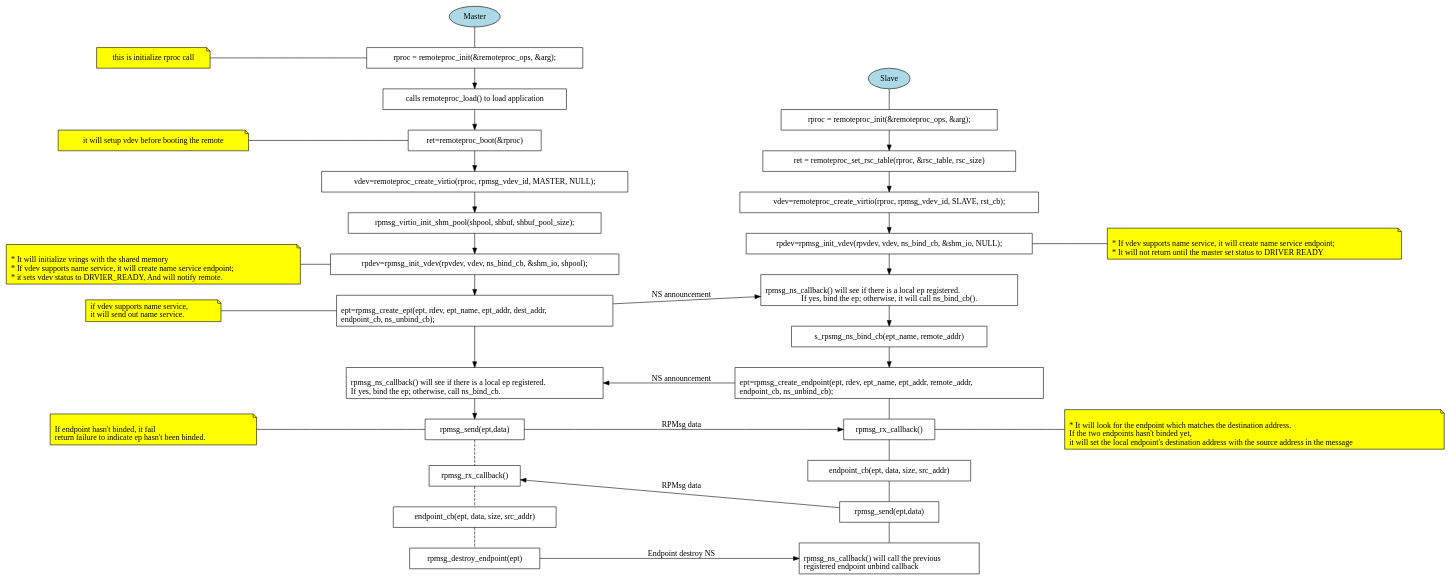
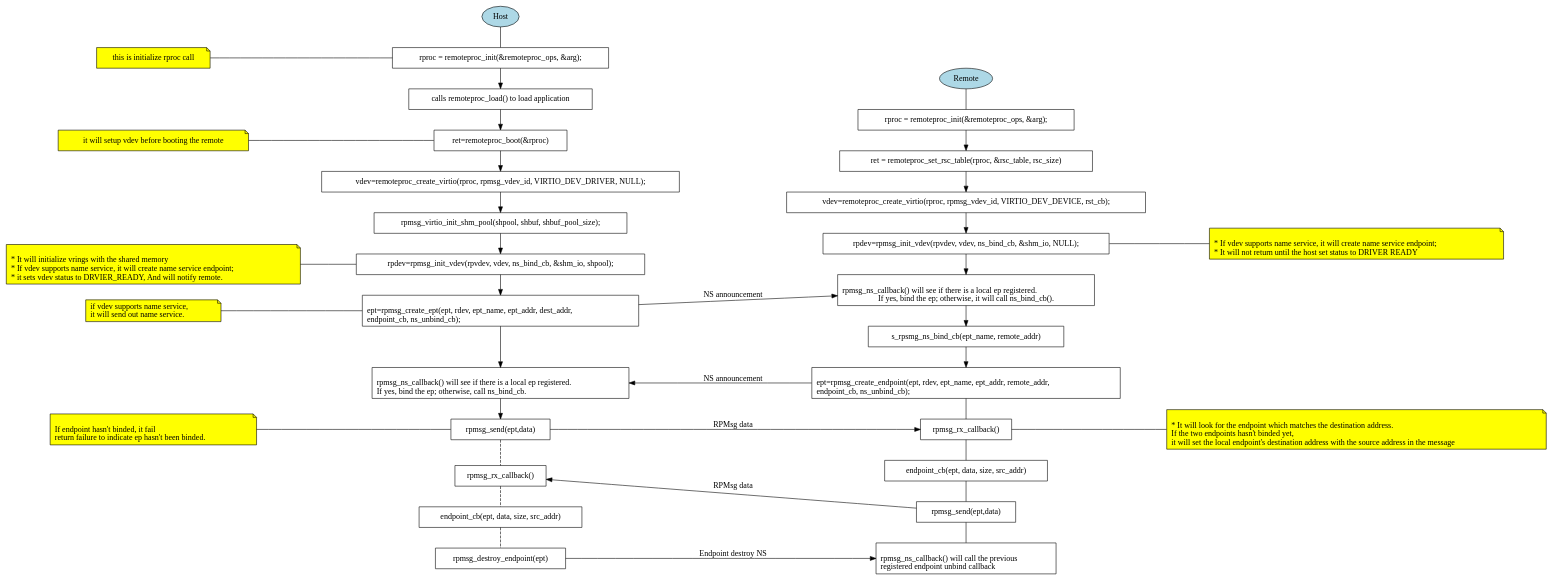
Before and after one commit to OpenAMP/open-amp: the diagram in docs/img-src/coprocessor-rpmsg-ns-dynamic.gv, drawn with Graphviz. The commit also changed 43 other files, not shown here.

```diff
--- a/docs/img-src/coprocessor-rpmsg-ns-dynamic.gv
+++ b/docs/img-src/coprocessor-rpmsg-ns-dynamic.gv
@@ -1,96 +1,96 @@
 // RPMsg dynamic endpoint creation
 
 digraph G {
   rankdir="LR";
 
   subgraph roles {
     node [style="filled", fillcolor="lightblue"];
-    master [label="Master"];
-    slave [label="Slave"];
+    host [label="Host"];
+    remote [label="Remote"];
   }
 
   subgraph m_comment_nodes {
     node [group=m_comment, shape="note", style="filled", fillcolor="yellow"];
     rank="same";
     m_remoteproc_init_comment [label="this is initialize rproc call"];
     m_remoteproc_boot_comment [label="it will setup vdev before booting the remote"];
     m_rpmsg_vdev_init_comment [label="\l* It will initialize vrings with the shared memory\l* If vdev supports name service, it will create name service endpoint;\l* it sets vdev status to DRVIER_READY, And will notify remote.\l"];
     m_rpmsg_create_ep_comment [label="\if vdev supports name service,\lit will send out name service.\l"];
     m_rpmsg_send_comment [label="\lIf endpoint hasn't binded, it fail\lreturn failure to indicate ep hasn't been binded.\l"];
 
   }
 
   subgraph m_flow_nodes {
     node [shape="box"];
     rank="same";
     m_remoteproc_init [label="rproc = remoteproc_init(&remoteproc_ops, &arg);"]
     m_remoteproc_load [label="calls remoteproc_load() to load application"];
     m_remoteproc_boot [shape="box", label="ret=remoteproc_boot(&rproc)"];
-    m_remoteproc_get_vdev [label="vdev=remoteproc_create_virtio(rproc, rpmsg_vdev_id, MASTER, NULL);"];
+    m_remoteproc_get_vdev [label="vdev=remoteproc_create_virtio(rproc, rpmsg_vdev_id, VIRTIO_DEV_DRIVER, NULL);"];
     m_rpmsg_shmpool_init[label="rpmsg_virtio_init_shm_pool(shpool, shbuf, shbuf_pool_size);"];
     m_rpmsg_vdev_init [label="rpdev=rpmsg_init_vdev(rpvdev, vdev, ns_bind_cb, &shm_io, shpool);"];
     m_rpmsg_ns_cb [label="\lrpmsg_ns_callback() will see if there is a local ep registered.\lIf yes, bind the ep; otherwise, call ns_bind_cb.\l"];
     m_rpmsg_create_ep [label="\lept=rpmsg_create_ept(ept, rdev, ept_name, ept_addr, dest_addr, \lendpoint_cb, ns_unbind_cb);\l"];
     m_rpmsg_send [label="rpmsg_send(ept,data)"];
     m_rpmsg_rx_cb [label="rpmsg_rx_callback()"];
     m_ep_cb [label="endpoint_cb(ept, data, size, src_addr)"];
     m_rpmsg_destroy_ep [label="rpmsg_destroy_endpoint(ept)"];
 
     m_remoteproc_init -> m_remoteproc_load -> m_remoteproc_boot -> m_remoteproc_get_vdev ->
     m_rpmsg_shmpool_init -> m_rpmsg_vdev_init -> m_rpmsg_create_ep -> m_rpmsg_ns_cb -> m_rpmsg_send;
     m_rpmsg_send -> m_rpmsg_rx_cb -> m_ep_cb ->
     m_rpmsg_destroy_ep [dir="none", style="dashed"];
   }
 
   subgraph s_flow_nodes {
     rank="same";
     node [shape="box"];
     s_remoteproc_init [label="rproc = remoteproc_init(&remoteproc_ops, &arg);"];
 
     s_remoteproc_parse_rsc [label="ret = remoteproc_set_rsc_table(rproc, &rsc_table, rsc_size)"];
-    s_remoteproc_get_vdev [label="vdev=remoteproc_create_virtio(rproc, rpmsg_vdev_id, SLAVE, rst_cb);"];
+    s_remoteproc_get_vdev [label="vdev=remoteproc_create_virtio(rproc, rpmsg_vdev_id, VIRTIO_DEV_DEVICE, rst_cb);"];
     s_rpmsg_vdev_init [label="rpdev=rpmsg_init_vdev(rpvdev, vdev, ns_bind_cb, &shm_io, NULL);"];
     s_rpmsg_ns_cb [label="\lrpmsg_ns_callback() will see if there is a local ep registered.\lIf yes, bind the ep; otherwise, it will call ns_bind_cb()."];
     s_rpmsg_ns_bind_cb [label="s_rpsmg_ns_bind_cb(ept_name, remote_addr)"];
     s_rpmsg_create_ep [label="\lept=rpmsg_create_endpoint(ept, rdev, ept_name, ept_addr, remote_addr,\lendpoint_cb, ns_unbind_cb);\l"];
     s_rpmsg_send [label="rpmsg_send(ept,data)"];
     s_rpmsg_rx_cb [label="rpmsg_rx_callback()"];
     s_ep_cb [label="endpoint_cb(ept, data, size, src_addr)"];
     s_rpmsg_ns_unbind_cb [label="\lrpmsg_ns_callback() will call the previous\lregistered endpoint unbind callback\l"];
 
     s_remoteproc_init -> s_remoteproc_parse_rsc -> s_remoteproc_get_vdev ->
     s_rpmsg_vdev_init -> s_rpmsg_ns_cb -> s_rpmsg_ns_bind_cb ->
     s_rpmsg_create_ep;
     s_rpmsg_create_ep-> s_rpmsg_rx_cb -> s_ep_cb -> s_rpmsg_send ->
     s_rpmsg_ns_unbind_cb [dir="none", style="dash"];
 
   }
 
   subgraph s_comment_nodes {
     node [group=s_comment, shape="note", style="filled", fillcolor="yellow"];
     rank="same";
-    s_rpmsg_vdev_init_comment [label="\l* If vdev supports name service, it will create name service endpoint;\l* It will not return until the master set status to DRIVER READY\l"];
+    s_rpmsg_vdev_init_comment [label="\l* If vdev supports name service, it will create name service endpoint;\l* It will not return until the host set status to DRIVER READY\l"];
     s_rpmsg_rx_cb_comment [label="\l* It will look for the endpoint which matches the destination address.\lIf the two endpoints hasn't binded yet,\lit will set the local endpoint's destination address with the source address in the message\l"];
   }
 
-  master -> m_remoteproc_init [dir="none"];
-  slave -> s_remoteproc_init [dir="none"];
+  host -> m_remoteproc_init [dir="none"];
+  remote -> s_remoteproc_init [dir="none"];
   s_rpmsg_create_ep -> m_rpmsg_ns_cb [label="NS announcement"];
   m_rpmsg_create_ep -> s_rpmsg_ns_cb [label="NS announcement"];
   m_rpmsg_send -> s_rpmsg_rx_cb [label="RPMsg data"];
   s_rpmsg_send -> m_rpmsg_rx_cb [label="RPMsg data"];
   m_rpmsg_destroy_ep -> s_rpmsg_ns_unbind_cb [label="Endpoint destroy NS"];
 
   m_remoteproc_init_comment -> m_remoteproc_init [dir="none"];
   m_remoteproc_boot_comment -> m_remoteproc_boot [dir="none"];
   m_rpmsg_vdev_init_comment -> m_rpmsg_vdev_init [dir="none"];
   m_rpmsg_create_ep_comment -> m_rpmsg_create_ep [dir="none"];
   m_rpmsg_send_comment -> m_rpmsg_send [dir="none"];
 
   s_rpmsg_vdev_init -> s_rpmsg_vdev_init_comment [dir="none"];
   s_rpmsg_rx_cb -> s_rpmsg_rx_cb_comment [dir="none"];
 
-  {rank=same; master; m_remoteproc_init}
-  {rank=same; slave; s_remoteproc_init}
+  {rank=same; host; m_remoteproc_init}
+  {rank=same; remote; s_remoteproc_init}
 
 }
```
